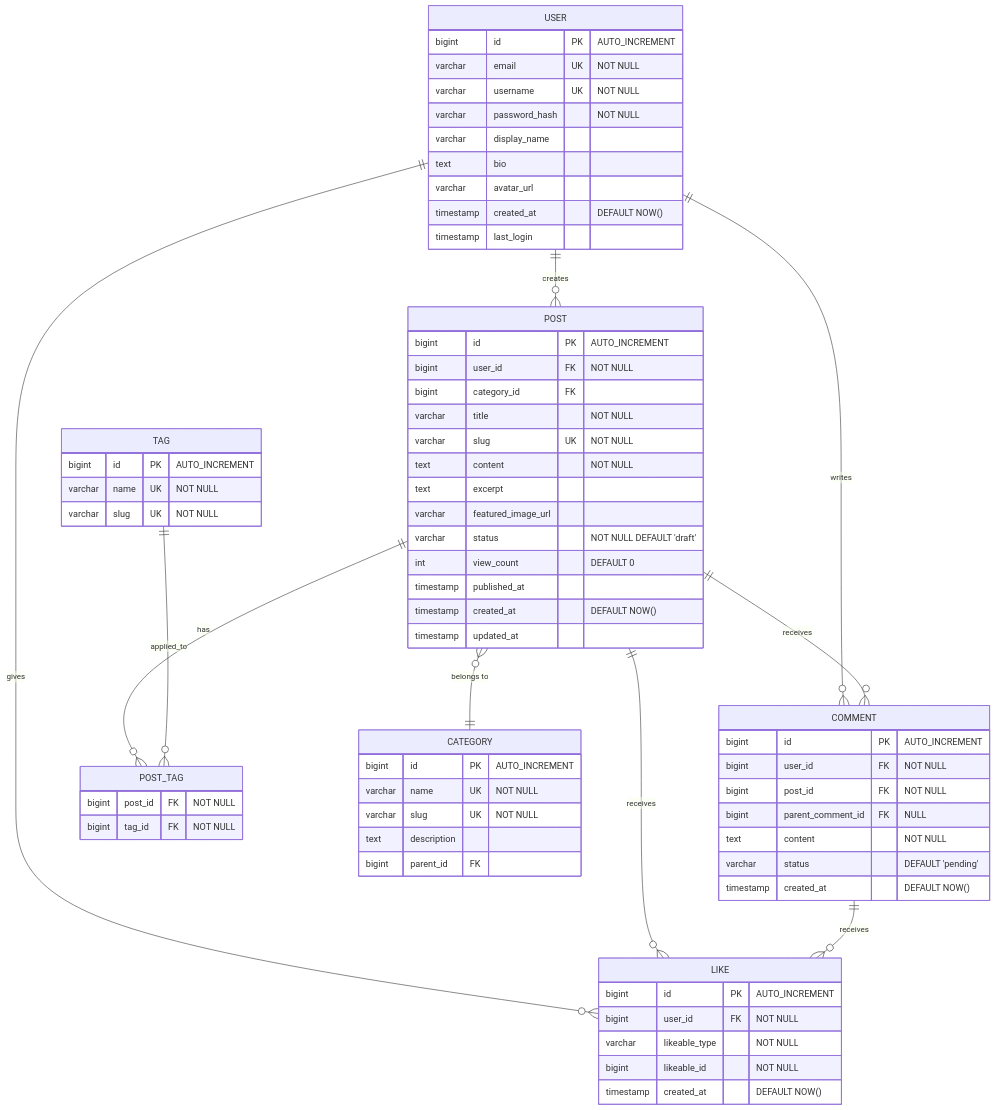
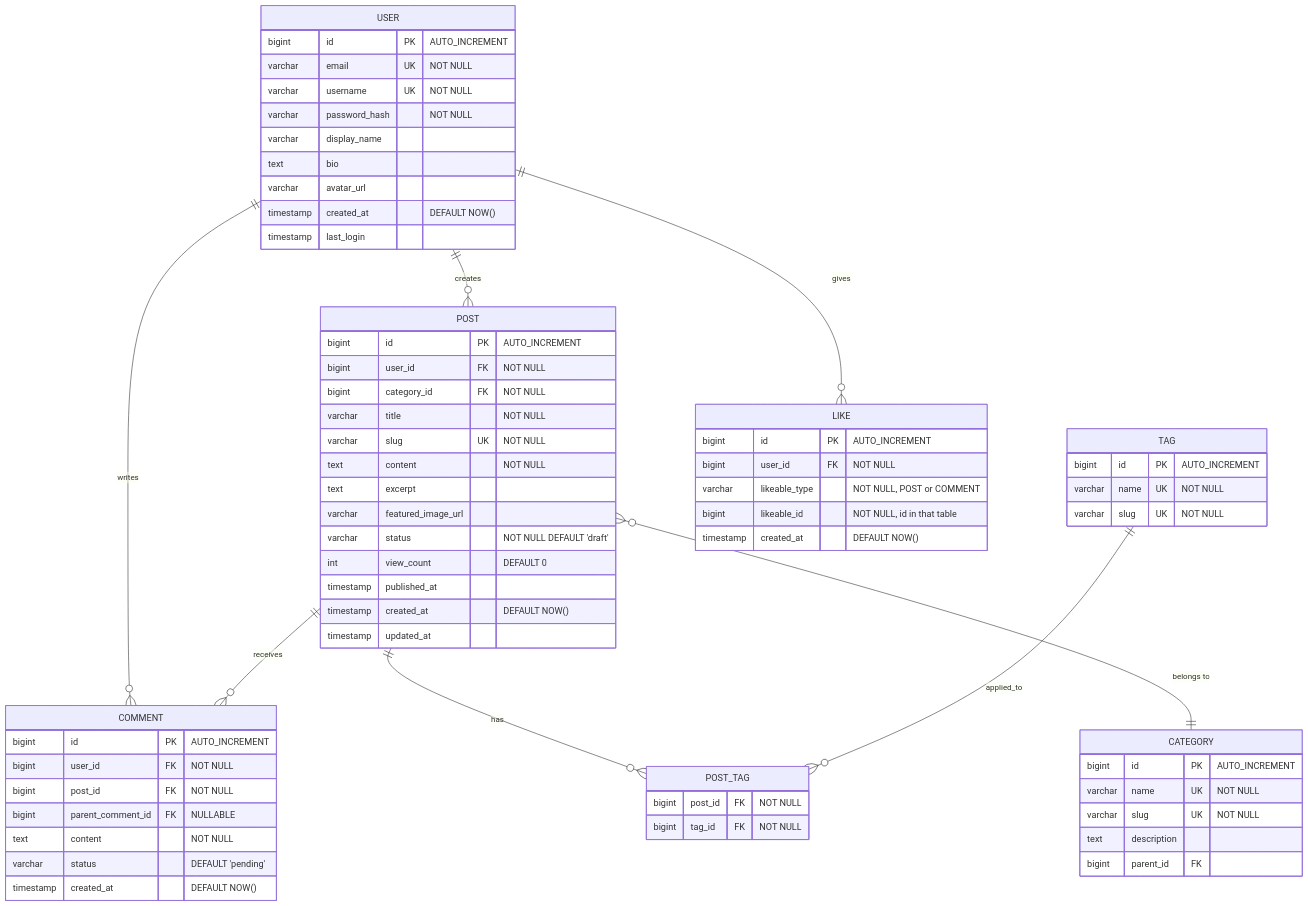
Before and after one commit to costa-marcello/repertoire: the first of 7 diagrams in skills/mermaid-diagrams/references/erd-patterns.md, drawn with Mermaid. The commit also changed other lines of this file and 57 other files, not shown here.

````diff
--- a/skills/mermaid-diagrams/references/erd-patterns.md
+++ b/skills/mermaid-diagrams/references/erd-patterns.md
@@ -16,77 +16,75 @@
 ```mermaid
 erDiagram
     USER ||--o{ POST : creates
     USER ||--o{ COMMENT : writes
     POST ||--o{ COMMENT : receives
     POST ||--o{ POST_TAG : has
     TAG ||--o{ POST_TAG : applied_to
     POST }o--|| CATEGORY : "belongs to"
     USER ||--o{ LIKE : gives
-    POST ||--o{ LIKE : receives
-    COMMENT ||--o{ LIKE : receives
 
     USER {
         bigint id PK "AUTO_INCREMENT"
         varchar email UK "NOT NULL"
         varchar username UK "NOT NULL"
         varchar password_hash "NOT NULL"
         varchar display_name
         text bio
         varchar avatar_url
         timestamp created_at "DEFAULT NOW()"
         timestamp last_login
     }
 
     POST {
         bigint id PK "AUTO_INCREMENT"
         bigint user_id FK "NOT NULL"
-        bigint category_id FK
+        bigint category_id FK "NOT NULL"
         varchar title "NOT NULL"
         varchar slug UK "NOT NULL"
         text content "NOT NULL"
         text excerpt
         varchar featured_image_url
         varchar status "NOT NULL DEFAULT 'draft'"
         int view_count "DEFAULT 0"
         timestamp published_at
         timestamp created_at "DEFAULT NOW()"
         timestamp updated_at
     }
 
     COMMENT {
         bigint id PK "AUTO_INCREMENT"
         bigint user_id FK "NOT NULL"
         bigint post_id FK "NOT NULL"
-        bigint parent_comment_id FK "NULL"
+        bigint parent_comment_id FK "NULLABLE"
         text content "NOT NULL"
         varchar status "DEFAULT 'pending'"
         timestamp created_at "DEFAULT NOW()"
     }
 
     CATEGORY {
         bigint id PK "AUTO_INCREMENT"
         varchar name UK "NOT NULL"
         varchar slug UK "NOT NULL"
         text description
         bigint parent_id FK
     }
 
     TAG {
         bigint id PK "AUTO_INCREMENT"
         varchar name UK "NOT NULL"
         varchar slug UK "NOT NULL"
     }
 
     POST_TAG {
         bigint post_id FK "NOT NULL"
         bigint tag_id FK "NOT NULL"
     }
 
     LIKE {
         bigint id PK "AUTO_INCREMENT"
         bigint user_id FK "NOT NULL"
-        varchar likeable_type "NOT NULL"
-        bigint likeable_id "NOT NULL"
+        varchar likeable_type "NOT NULL, POST or COMMENT"
+        bigint likeable_id "NOT NULL, id in that table"
         timestamp created_at "DEFAULT NOW()"
     }
 ```
````
